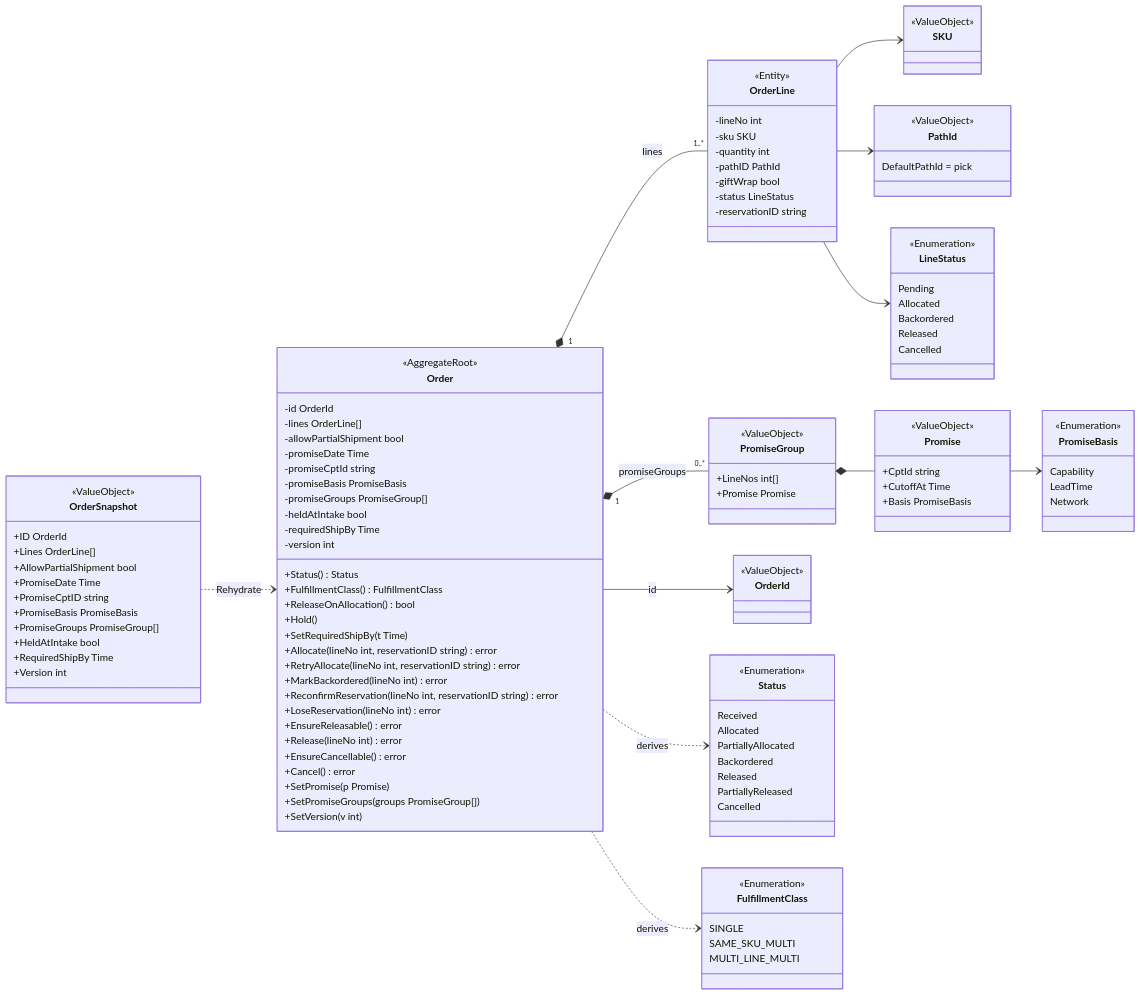
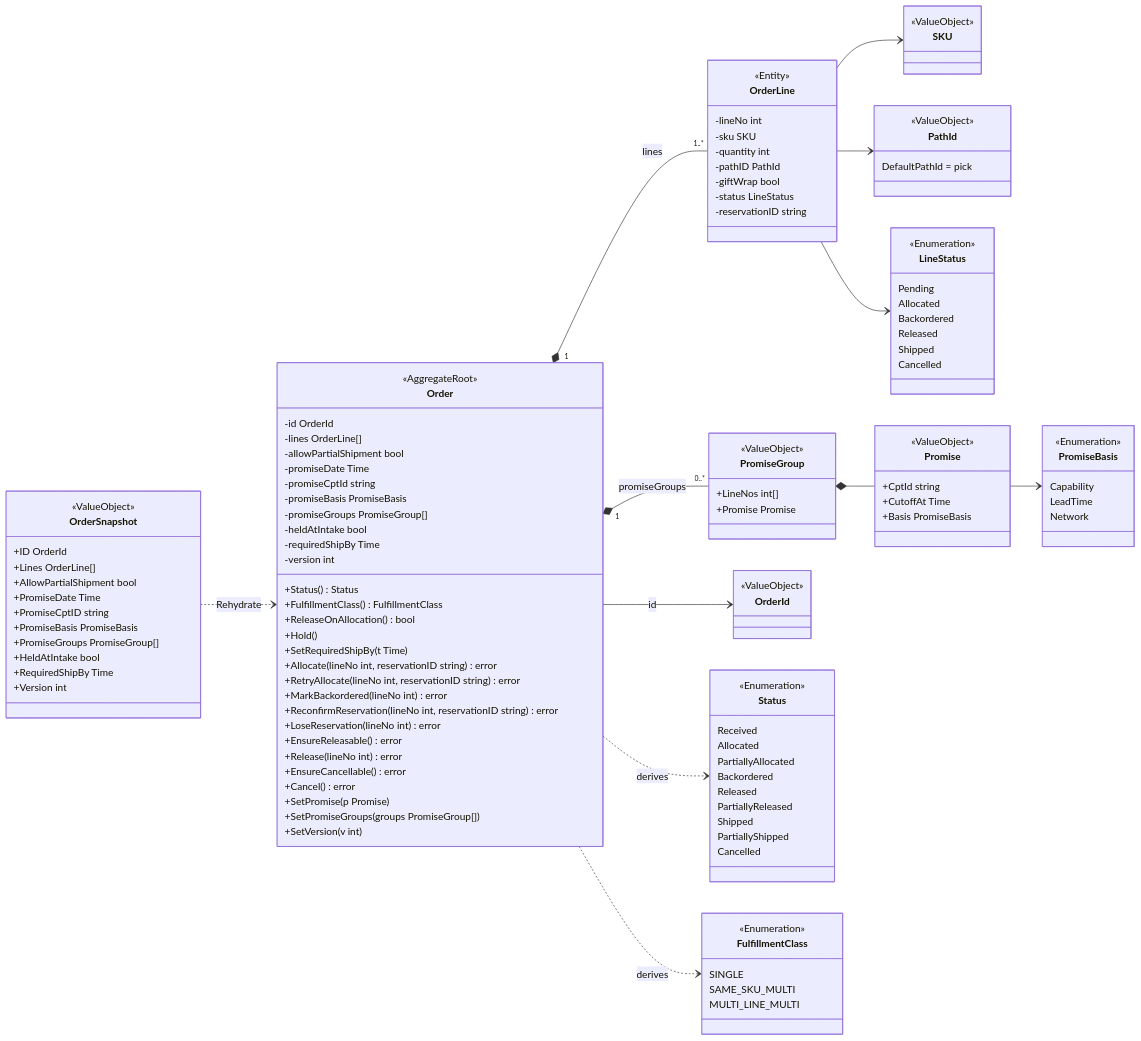
Before and after one commit to IQVO/order-management: the first of 6 diagrams in docs/docs/ddd/class-diagram.md, drawn with Mermaid. The commit also changed 19 other files, not shown here.

```diff
--- a/docs/docs/ddd/class-diagram.md
+++ b/docs/docs/ddd/class-diagram.md
@@ -67,6 +67,7 @@
     Allocated
     Backordered
     Released
+    Shipped
     Cancelled
   }
   class Status {
@@ -77,6 +78,8 @@
     Backordered
     Released
     PartiallyReleased
+    Shipped
+    PartiallyShipped
     Cancelled
   }
   class FulfillmentClass {
```
